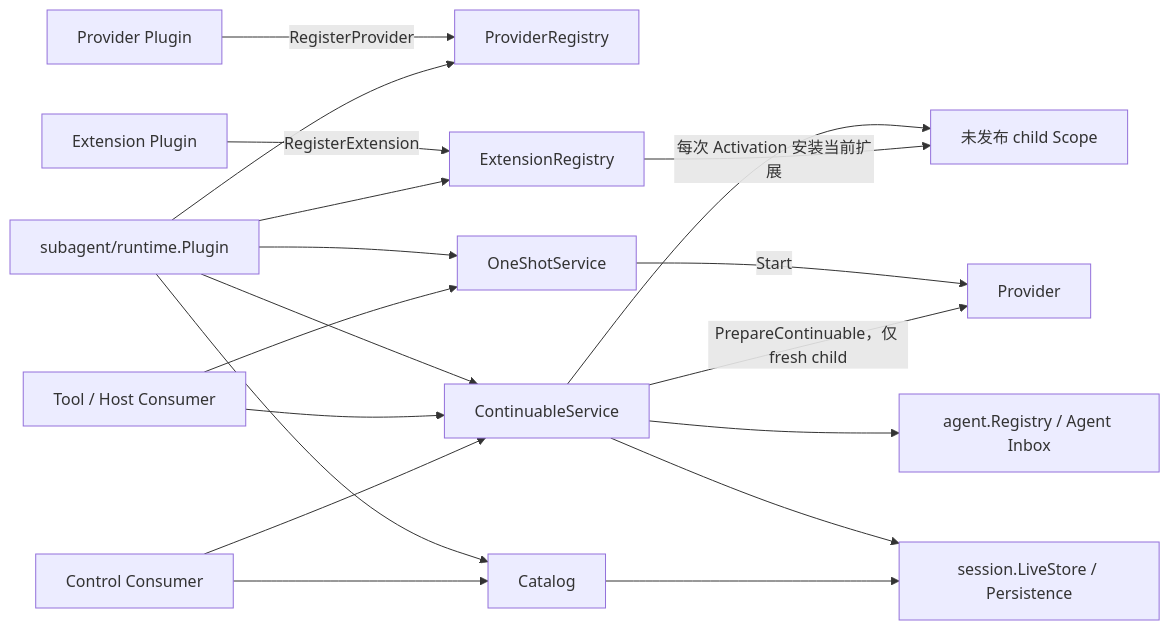
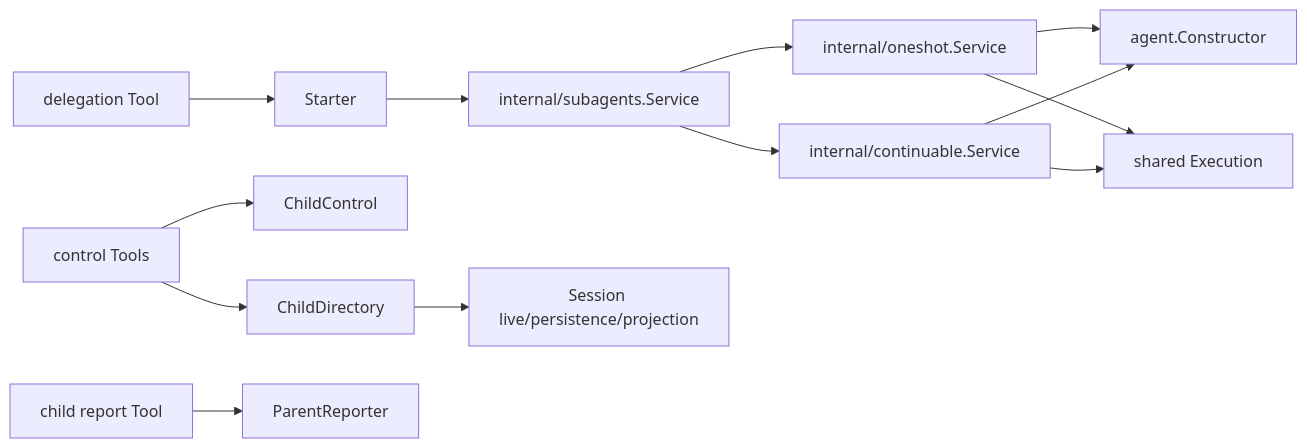
The diagram in subagent/README.zh-CN.md (gorenx/goren), drawn with Mermaid before and after one commit. The commit also changed other lines of this file and 36 other files, not shown here.

````diff
--- a/subagent/README.zh-CN.md
+++ b/subagent/README.zh-CN.md
@@ -63,21 +56,15 @@
 ```mermaid
 flowchart LR
-    ProviderPlugin[Provider Plugin] -->|RegisterProvider| Registry[ProviderRegistry]
-    ExtensionPlugin[Extension Plugin] -->|RegisterExtension| Extension[ExtensionRegistry]
-    Runtime[subagent/runtime.Plugin] --> Registry
-    Runtime --> OneShot[OneShotService]
-    Runtime --> Continue[ContinuableService]
-    Runtime --> Extension
-    Runtime --> Catalog
-    Tool[Tool / Host Consumer] --> OneShot[OneShotService]
-    Tool --> Continue[ContinuableService]
-    Control[Control Consumer] --> Continue
-    Control --> Catalog
-    OneShot -->|Start| Provider[Provider]
-    Continue -->|PrepareContinuable，仅 fresh child| Provider
-    Continue --> Agent[agent.Registry / Agent Inbox]
-    Continue --> Session[session.LiveStore / Persistence]
-    Continue --> ChildScope[未发布 child Scope]
-    Extension -->|每次 Activation 安装当前扩展| ChildScope
-    Catalog --> Session
+    Tool[delegation Tool] --> Starter
+    Starter[Starter] --> Service[internal/subagents.Service]
+    Service --> OneShot[internal/oneshot.Service]
+    Service --> Continuable[internal/continuable.Service]
+    OneShot --> Constructor[agent.Constructor]
+    Continuable --> Constructor
+    OneShot --> Execution[shared Execution]
+    Continuable --> Execution
+    Control[control Tools] --> ChildControl
+    Control --> Directory[ChildDirectory]
+    Report[child report Tool] --> ParentReporter
+    Directory --> Sessions[Session live/persistence/projection]
 ```
````
